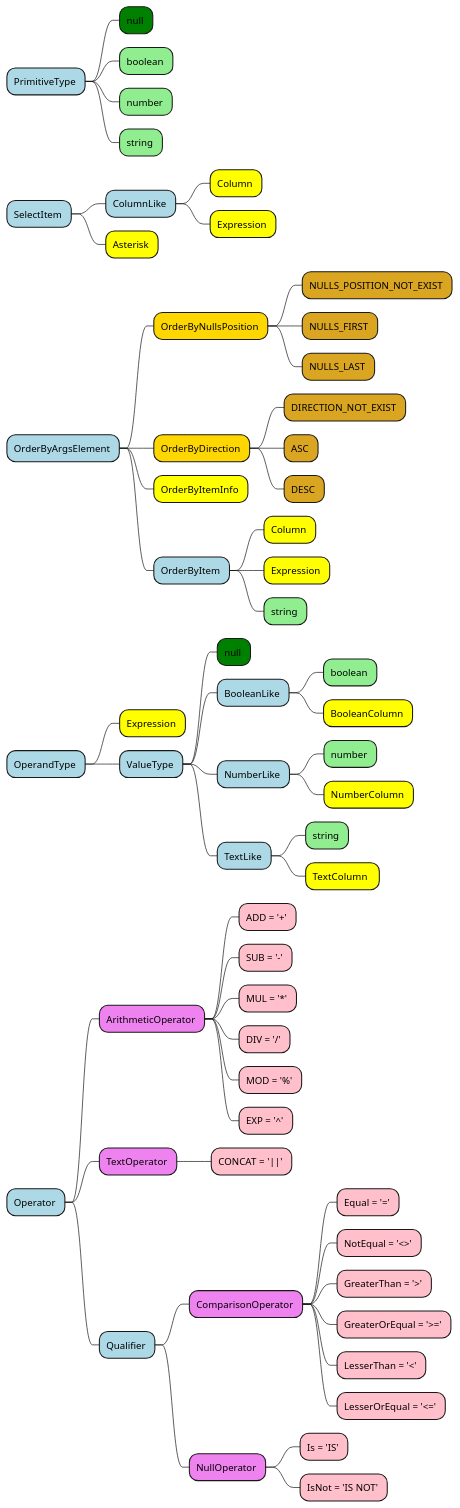
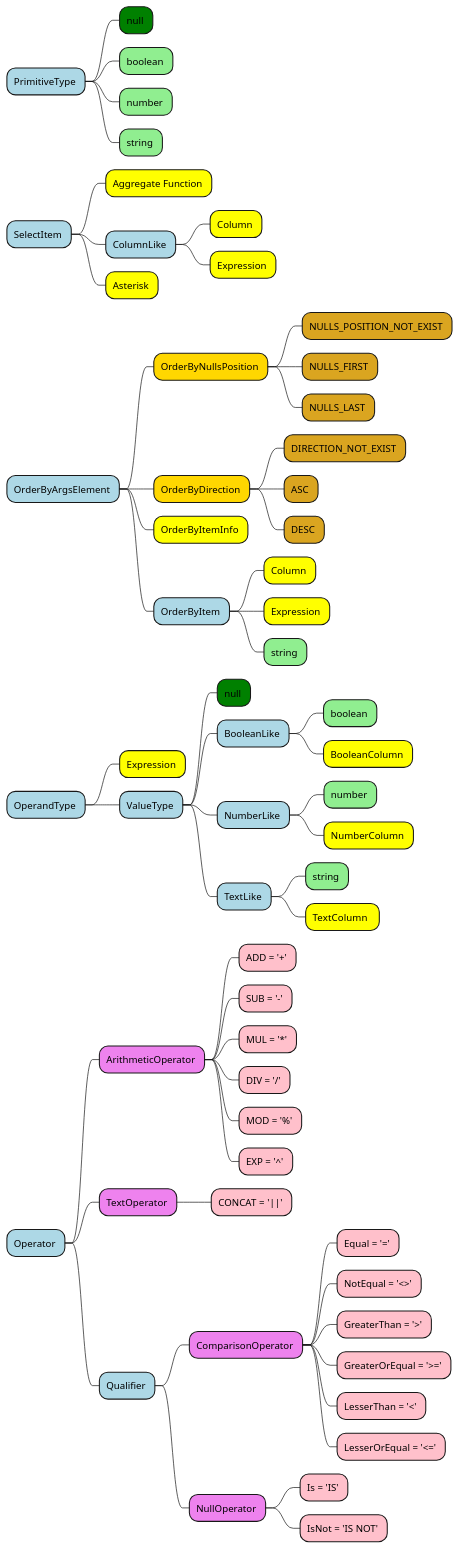
The diagram in doc/Types.puml (amerharb/sedk), drawn with PlantUML before and after one commit. The commit also changed 5 other files, not shown here.

Commit message:
add aggregate function to select item

```diff
--- a/doc/Types.puml
+++ b/doc/Types.puml
@@ -1,95 +1,96 @@
 @startmindmap
 
 <style>
 mindmapDiagram {
   .primitive {
     BackgroundColor #lightgreen
   }
   .type {
     BackgroundColor #lightblue
   }
   .abstractClass {
     BackgroundColor #Gold
   }
   .singleToneClass {
     BackgroundColor #GoldenRod
   }
   .class {
     BackgroundColor #Yellow
   }
   .null {
     BackgroundColor #green
   }
   .enum {
     BackgroundColor #violet
   }
   .enumItem {
     BackgroundColor #pink
   }
 }
 </style>
 
 * PrimitiveType <<type>>
 ** null <<null>>
 ** boolean <<primitive>>
 ** number <<primitive>>
 ** string <<primitive>>
 
 * SelectItem <<type>>
+** Aggregate Function <<class>>
 ** ColumnLike <<type>>
 *** Column <<class>>
 *** Expression <<class>>
 ** Asterisk <<class>>
 
 * OrderByArgsElement <<type>>
 ** OrderByNullsPosition <<abstractClass>>
 *** NULLS_POSITION_NOT_EXIST <<singleToneClass>>
 *** NULLS_FIRST <<singleToneClass>>
 *** NULLS_LAST <<singleToneClass>>
 ** OrderByDirection <<abstractClass>>
 *** DIRECTION_NOT_EXIST <<singleToneClass>>
 *** ASC <<singleToneClass>>
 *** DESC <<singleToneClass>>
 ** OrderByItemInfo <<class>>
 ** OrderByItem <<type>>
 *** Column <<class>>
 *** Expression <<class>>
 *** string <<primitive>>
 
 * OperandType <<type>>
 ** Expression <<class>>
 ** ValueType <<type>>
 *** null <<null>>
 *** BooleanLike <<type>>
 **** boolean <<primitive>>
 **** BooleanColumn <<class>>
 *** NumberLike <<type>>
 **** number <<primitive>>
 **** NumberColumn <<class>>
 *** TextLike <<type>>
 **** string <<primitive>>
 **** TextColumn  <<class>>
 
 * Operator <<type>>
 ** ArithmeticOperator <<enum>>
 *** ADD = '+' <<enumItem>>
 *** SUB = '-' <<enumItem>>
 *** MUL = '*' <<enumItem>>
 *** DIV = '/' <<enumItem>>
 *** MOD = '%' <<enumItem>>
 *** EXP = '^' <<enumItem>>
 ** TextOperator <<enum>>
 *** CONCAT = '||' <<enumItem>>
 ** Qualifier <<type>>
 *** ComparisonOperator <<enum>>
 **** Equal = '=' <<enumItem>>
 **** NotEqual = '<>' <<enumItem>>
 **** GreaterThan = '>' <<enumItem>>
 **** GreaterOrEqual = '>=' <<enumItem>>
 **** LesserThan = '<' <<enumItem>>
 **** LesserOrEqual = '<=' <<enumItem>>
 *** NullOperator <<enum>>
 **** Is = 'IS' <<enumItem>>
 **** IsNot = 'IS NOT' <<enumItem>>
 
 @endmindmap
```
